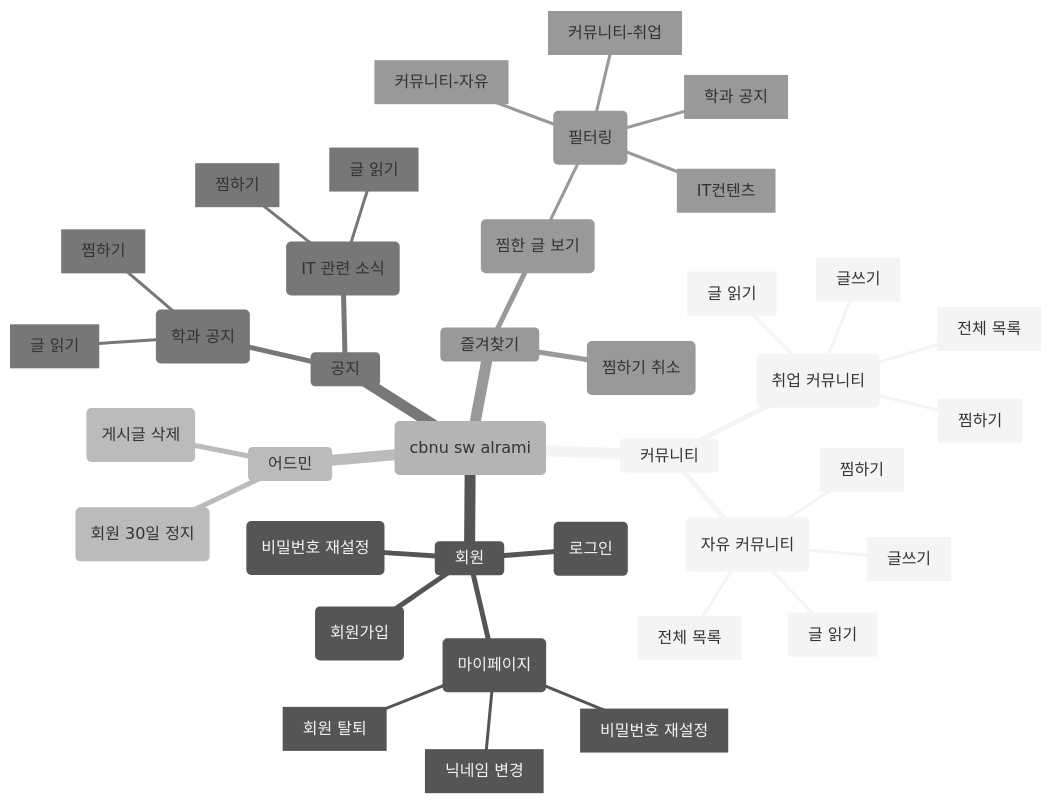
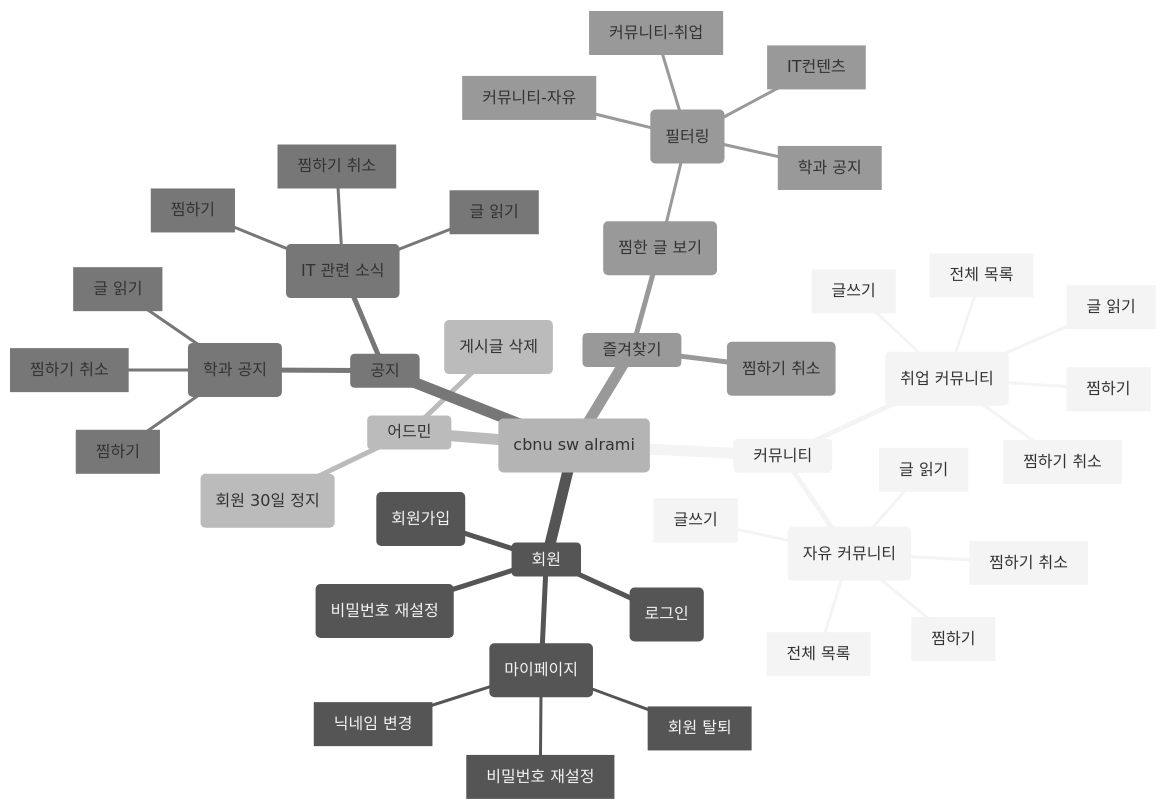
The diagram in README.md (android-project-04/cbnu-sw-alrami), drawn with Mermaid (neutral theme) before and after one commit.

````diff
--- a/README.md
+++ b/README.md
@@ -7,41 +7,45 @@
 ``` mermaid
 mindmap
   root(cbnu sw alrami)
     커뮤니티
       (취업 커뮤니티)
         [글쓰기]
         [전체 목록]
         [글 읽기]
         [찜하기]
+        [찜하기 취소]
       (자유 커뮤니티)
         [글쓰기]
         [전체 목록]
         [글 읽기]
         [찜하기]
+        [찜하기 취소]
     회원
       (회원가입)
       (로그인)
       (비밀번호 재설정)
       (마이페이지)
         [회원 탈퇴]
         [비밀번호 재설정]
         [닉네임 변경]
     어드민
       (게시글 삭제)
       (회원 30일 정지)
     공지
       (학과 공지)
         [찜하기]
         [글 읽기]
+        [찜하기 취소]
       (IT 관련 소식)
         [찜하기]
         [글 읽기]
+        [찜하기 취소]
     즐겨찾기
       (찜한 글 보기)
         (필터링)
           [커뮤니티-자유]
           [커뮤니티-취업]
           [IT컨텐츠]
           [학과 공지]
       (찜하기 취소)
 ```
````
